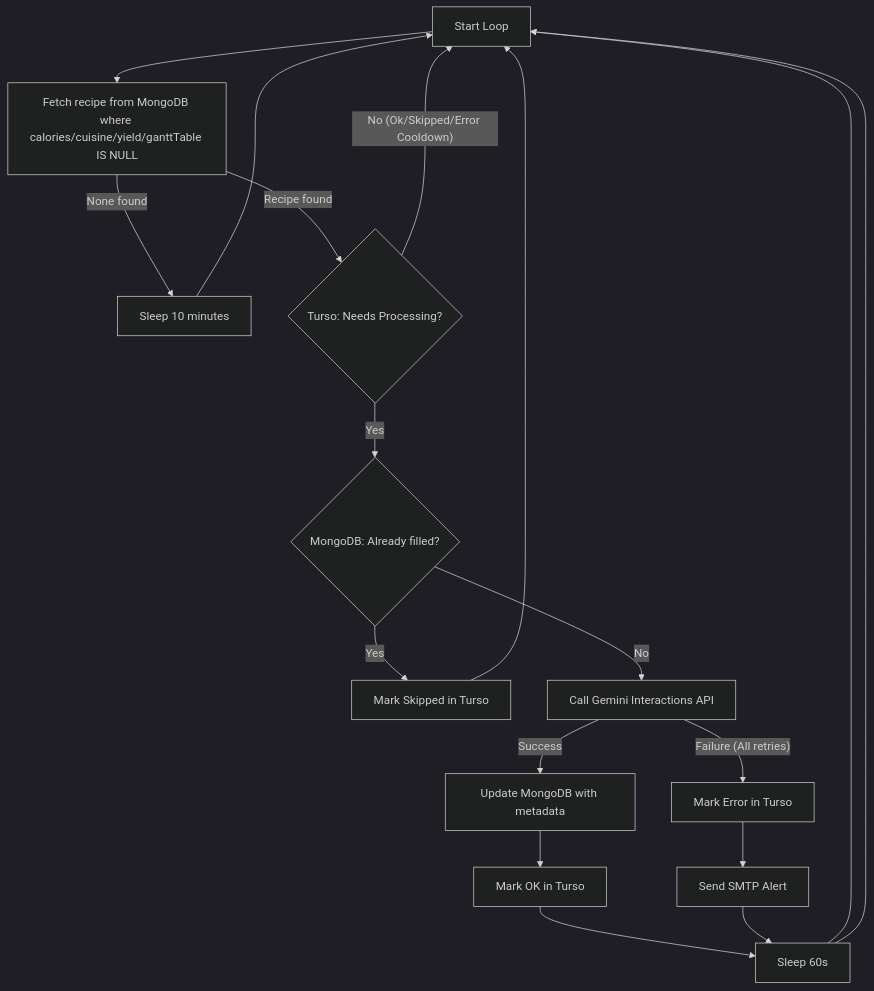
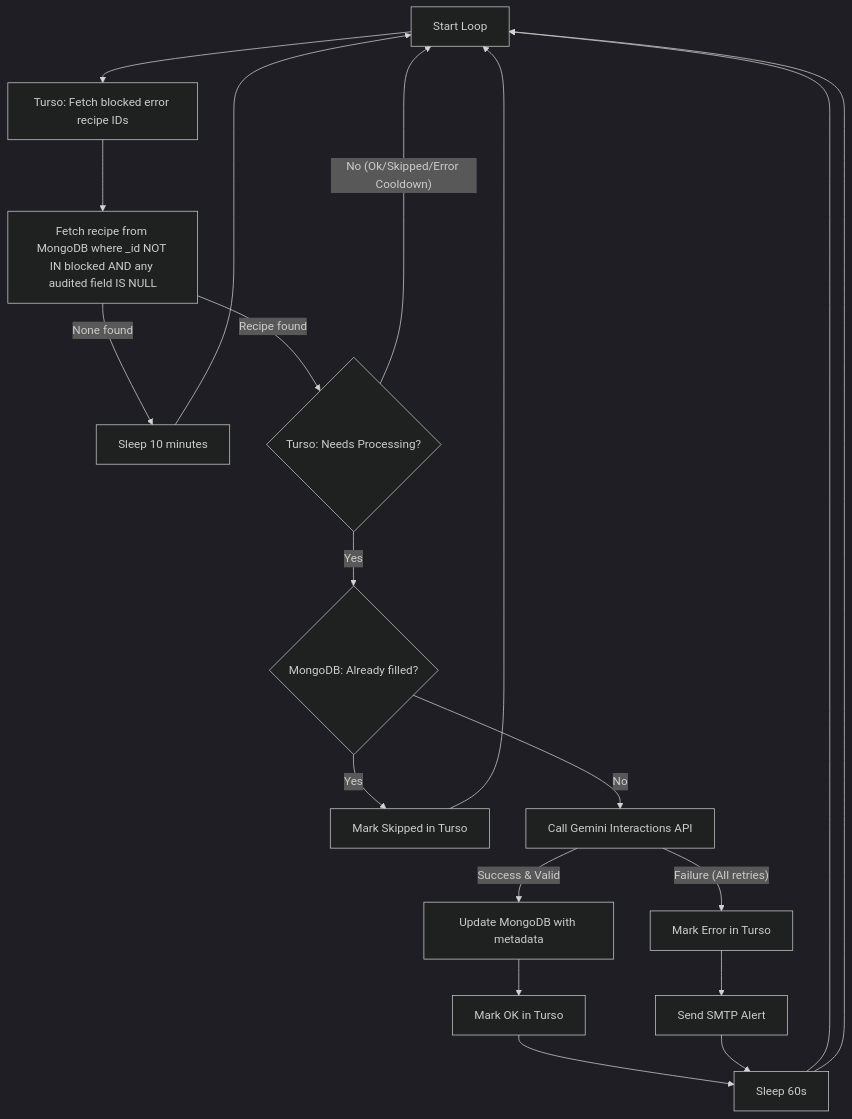
The diagram in docs/architecture.md (jorbites/tagatoni), drawn with Mermaid (dark theme) before and after one commit. The commit also changed other lines of this file and 6 other files, not shown here.

````diff
--- a/docs/architecture.md
+++ b/docs/architecture.md
@@ -23,12 +26,13 @@
 ```mermaid
 graph TD
-    A[Start Loop] --> B[Fetch recipe from MongoDB where calories/cuisine/yield/ganttTable IS NULL]
-    B -- None found --> C[Sleep 10 minutes] --> A
-    B -- Recipe found --> D{Turso: Needs Processing?}
-    D -- No (Ok/Skipped/Error Cooldown) --> A
-    D -- Yes --> E{MongoDB: Already filled?}
-    E -- Yes --> F[Mark Skipped in Turso] --> A
-    E -- No --> G[Call Gemini Interactions API]
-    G -- Success --> H[Update MongoDB with metadata] --> I[Mark OK in Turso] --> J[Sleep 60s] --> A
-    G -- Failure (All retries) --> K[Mark Error in Turso] --> L[Send SMTP Alert] --> J --> A
+    A[Start Loop] --> B[Turso: Fetch blocked error recipe IDs]
+    B --> C[Fetch recipe from MongoDB where _id NOT IN blocked AND any audited field IS NULL]
+    C -- None found --> D[Sleep 10 minutes] --> A
+    C -- Recipe found --> E{Turso: Needs Processing?}
+    E -- No (Ok/Skipped/Error Cooldown) --> A
+    E -- Yes --> F{MongoDB: Already filled?}
+    F -- Yes --> G[Mark Skipped in Turso] --> A
+    F -- No --> H[Call Gemini Interactions API]
+    H -- Success & Valid --> I[Update MongoDB with metadata] --> J[Mark OK in Turso] --> K[Sleep 60s] --> A
+    H -- Failure (All retries) --> L[Mark Error in Turso] --> M[Send SMTP Alert] --> K --> A
 ```
````
